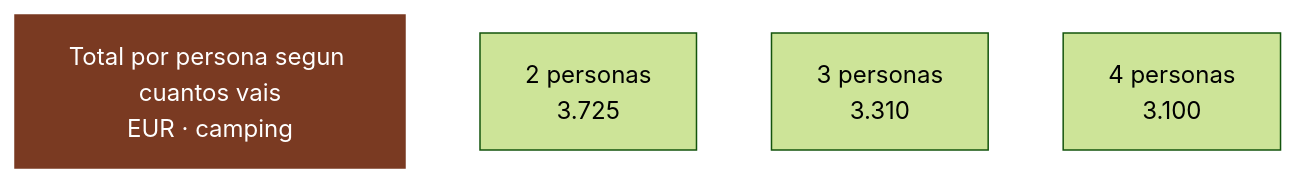
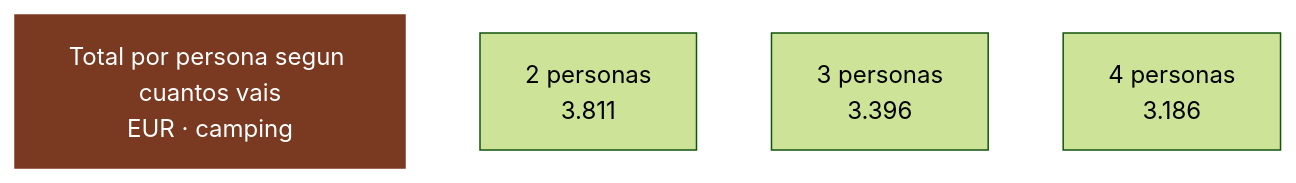
The eighth of 8 diagrams in 02-presupuesto.md (morandeirachema/namibia), drawn with Mermaid (forest theme) before and after one commit. The commit also changed other lines of this file and 7 other files, not shown here.

````diff
--- a/02-presupuesto.md
+++ b/02-presupuesto.md
@@ -614,11 +620,11 @@
 ```mermaid
 flowchart LR
     T["Total por persona segun cuantos vais<br/>EUR · camping"]
-    n0["2 personas<br/>3.725"]
-    n1["3 personas<br/>3.310"]
-    n2["4 personas<br/>3.100"]
+    n0["2 personas<br/>3.811"]
+    n1["3 personas<br/>3.396"]
+    n2["4 personas<br/>3.186"]
     T ~~~ n0
     n0 ~~~ n1
     n1 ~~~ n2
     style T fill:#7a3a22,color:#fff,stroke:#7a3a22
 ```
````
